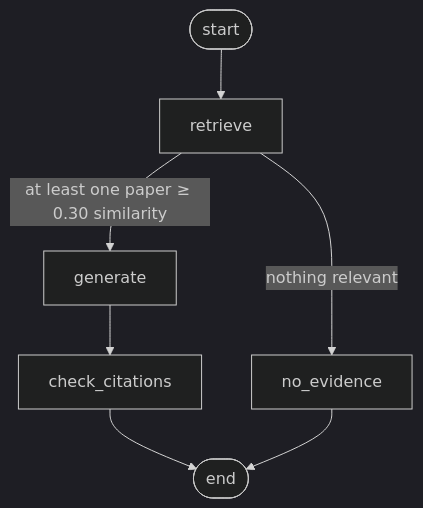
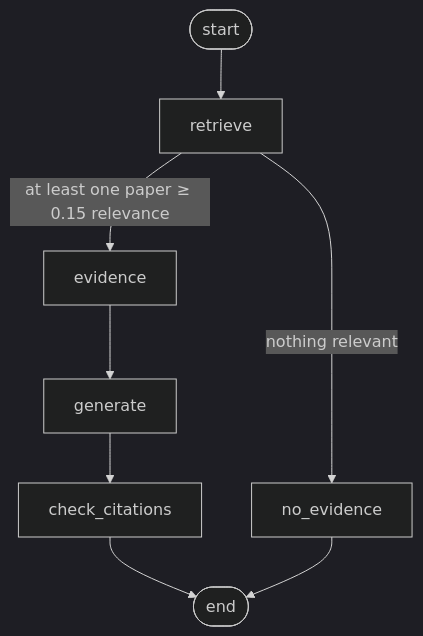
Before and after one commit to VaibhaVarshney/arxiv-research-assistant: the second of 2 diagrams in README.md, drawn with Mermaid (dark theme). The commit also changed other lines of this file, not shown here.

````diff
--- a/README.md
+++ b/README.md
@@ -53,9 +65,10 @@
 ```mermaid
 flowchart TD
     START([start]) --> retrieve
-    retrieve -->|"at least one paper ≥ 0.30 similarity"| generate
+    retrieve -->|"at least one paper ≥ 0.15 relevance"| evidence
     retrieve -->|"nothing relevant"| no_evidence
+    evidence --> generate
     generate --> check_citations
     check_citations --> END([end])
     no_evidence --> END
 ```
````
